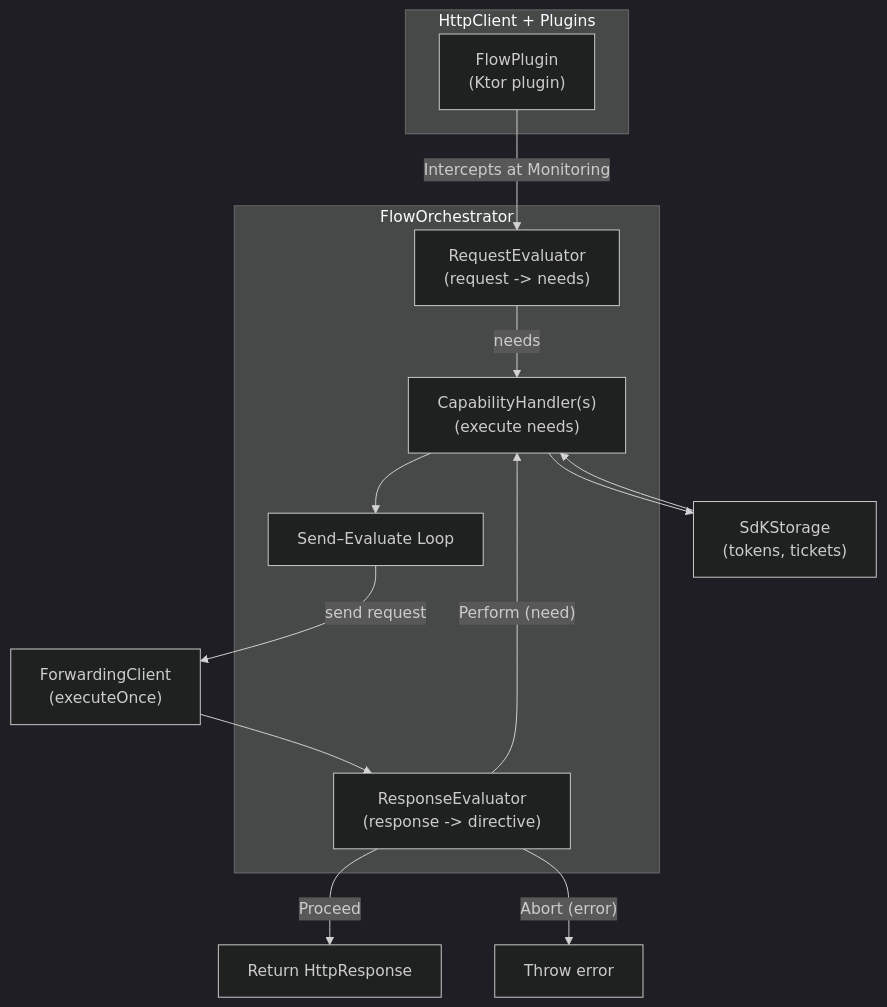
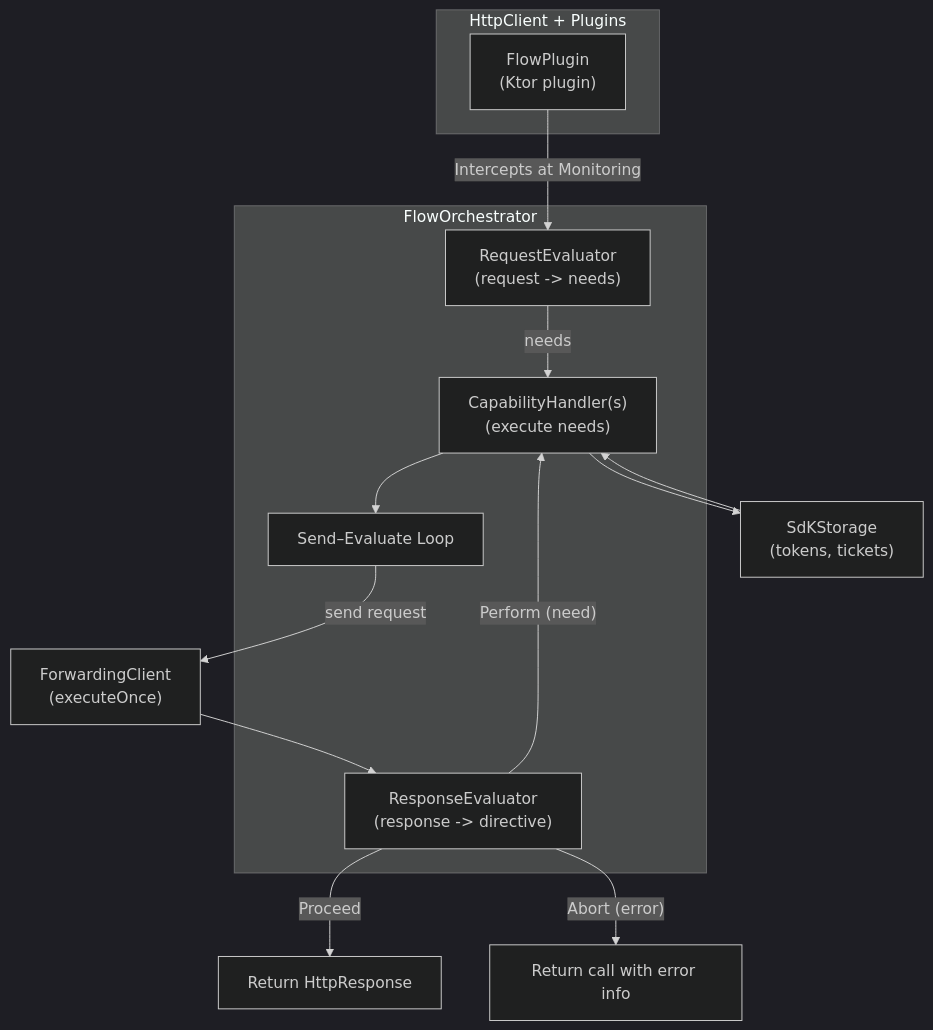
Before and after one commit to gematik/zeta-sdk: the diagram in flow-controller/README.md, drawn with Mermaid (dark theme). The commit also changed other lines of this file and 235 other files, not shown here.

````diff
--- a/flow-controller/README.md
+++ b/flow-controller/README.md
@@ -27,29 +28,29 @@
 ```mermaid
 flowchart TD
   subgraph Ktor[HttpClient + Plugins]
   FP["FlowPlugin\n(Ktor plugin)"]
   end
 
   subgraph Orchestrator[FlowOrchestrator]
     REQ["RequestEvaluator\n(request -> needs)"]
     HANDLERS["CapabilityHandler(s)\n(execute needs)"]
     LOOP["Send–Evaluate Loop"]
     RESP["ResponseEvaluator\n(response -> directive)"]
   end
 
   FS["SdKStorage\n(tokens, tickets)"]
   FC["ForwardingClient\n(executeOnce)"]
 
   FP -->|Intercepts at Monitoring| REQ
   REQ -->|needs| HANDLERS
   HANDLERS --> LOOP
 
   LOOP -->|send request| FC
   FC --> RESP
   RESP -->|Proceed| OUT[Return HttpResponse]
   RESP -->|"Perform (need)"| HANDLERS
-  RESP -->|"Abort (error)"| ERR[Throw error]
+  RESP -->|"Abort (error)"| ERR[Return call with error info]
 
   HANDLERS --> FS
   FS --> HANDLERS
 ```
````
